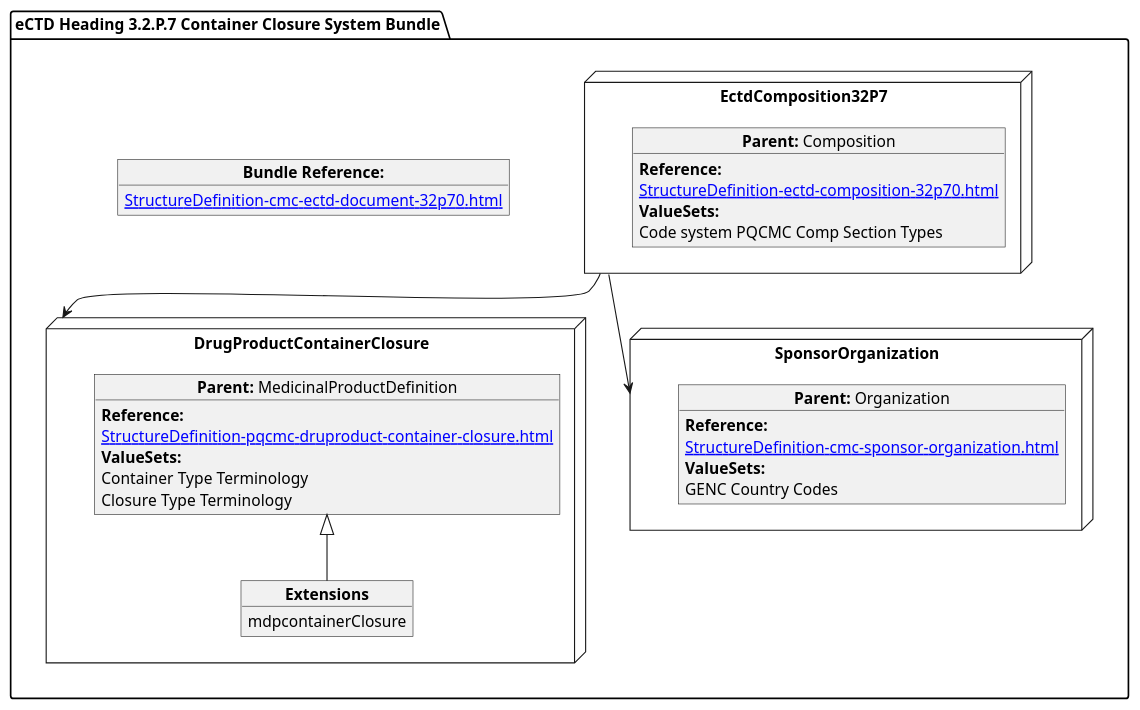
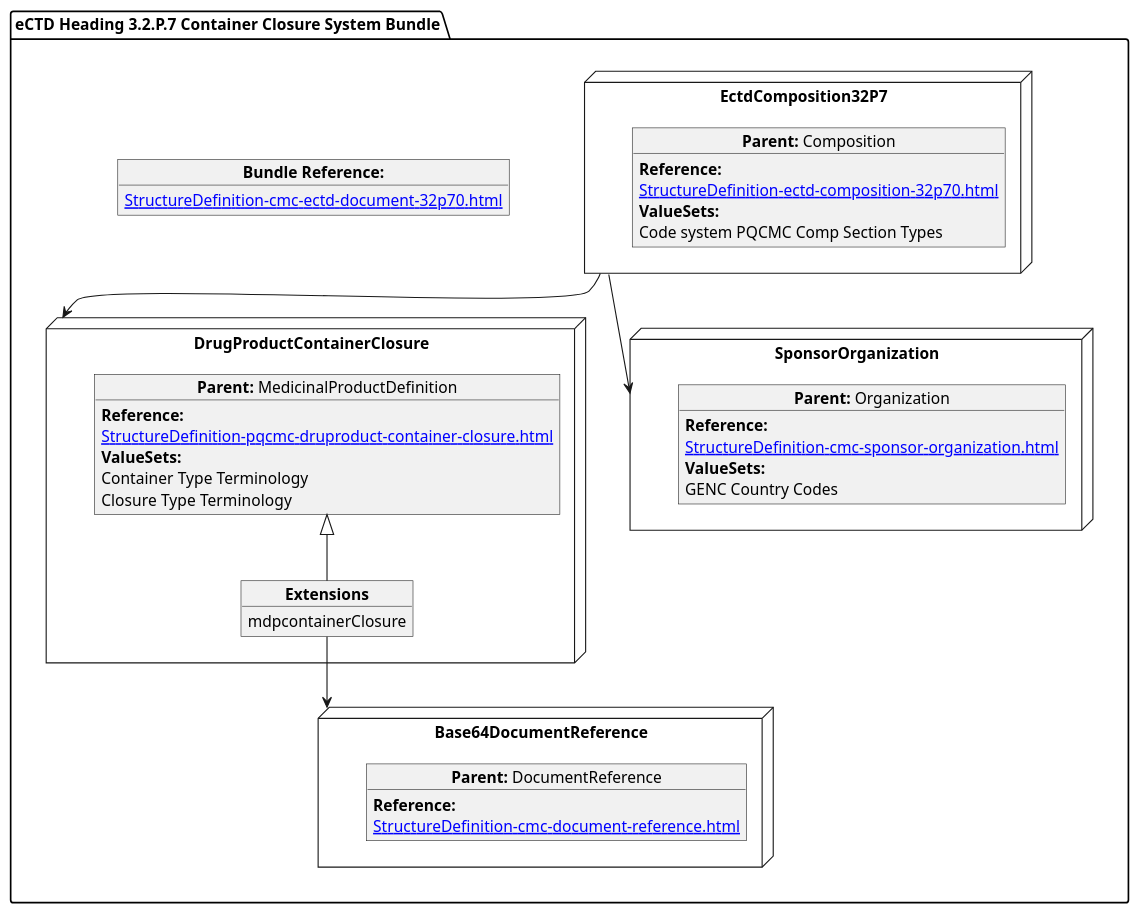
One commit to HL7/FHIR-us-pq-cmc-fda changed the diagram in input/images-source/ContainerClosure.plantuml. Above: the diagram before and after it, drawn with PlantUML. The commit also changed 55 other files, not shown here.

```diff
--- a/input/images-source/ContainerClosure.plantuml
+++ b/input/images-source/ContainerClosure.plantuml
@@ -1,43 +1,48 @@
-@startuml
+@startuml ContainerClosure
 allowmixing
 'Mixed model of use case and object
 package "eCTD Heading 3.2.P.7 Container Closure System Bundle" as NODES {
     object "**Bundle Reference:**" as objbun {
               [[StructureDefinition-cmc-ectd-document-32p70.html]]
     }   
   node "EctdComposition32P7" as N1 { 
       object "**Parent:** Composition" as obj1 {
       **Reference:**
       [[StructureDefinition-ectd-composition-32p70.html]]
       **ValueSets:**
   Code system PQCMC Comp Section Types
     }   
 }
 node "DrugProductContainerClosure" as N21 { 
       object "**Parent:** MedicinalProductDefinition" as obj22 {
            **Reference:**
       [[StructureDefinition-pqcmc-druproduct-container-closure.html]]
         **ValueSets:**
         Container Type Terminology
         Closure Type Terminology
     }
     object "**Extensions**" as objEx {
         mdpcontainerClosure
     }
     obj22 <|-- objEx
 }
-
+node "Base64DocumentReference" as NB64 { 
+      object "**Parent:** DocumentReference"  as obj64 {  
+       **Reference:**
+      [[StructureDefinition-cmc-document-reference.html]] 
+    }   
+}
 node "SponsorOrganization" as NSO { 
       object "**Parent:** Organization" as objAu {
            **Reference:**
       [[StructureDefinition-cmc-sponsor-organization.html]]
         **ValueSets:**
         GENC Country Codes
     }
 }
 }
 
 N1 --> N21
 N1 --> NSO
-
+objEx --> NB64 
 @enduml
```
